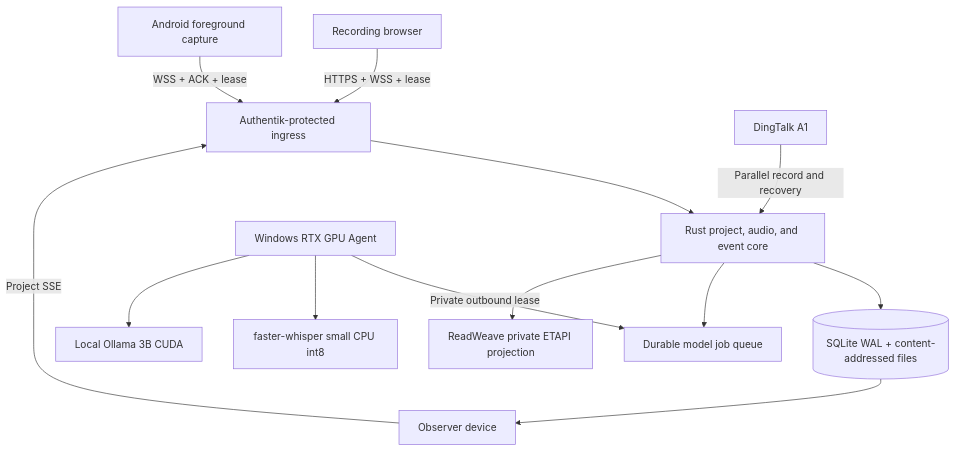
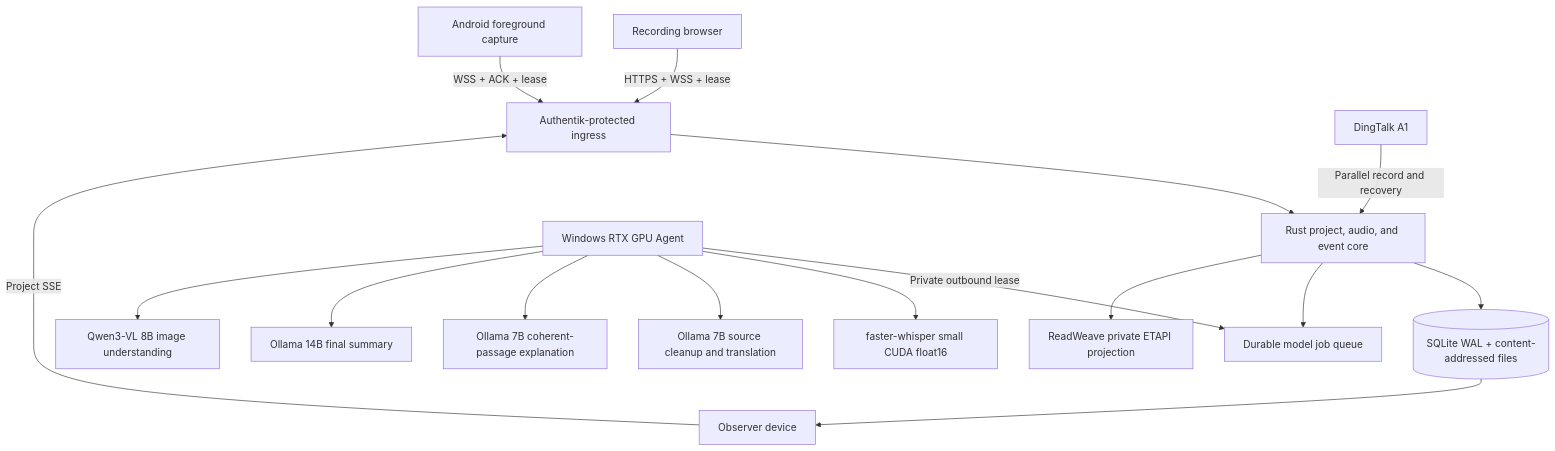
One commit to AIALRA-0/AIALRA-LIVE-TRANSLATE changed the diagram in README.en.md. Above: the diagram before and after it, drawn with Mermaid. The commit also changed other lines of this file and 89 other files, not shown here.

````diff
--- a/README.en.md
+++ b/README.en.md
@@ -38,15 +38,18 @@
 ```mermaid
 flowchart TD
   Recorder[Recording browser] -->|HTTPS + WSS + lease| Auth[Authentik-protected ingress]
   Observer[Observer device] -->|Project SSE| Auth
   Android[Android foreground capture] -->|WSS + ACK + lease| Auth
   A1[DingTalk A1] -->|Parallel record and recovery| Core
   Auth --> Core[Rust project, audio, and event core]
   Core --> Store[(SQLite WAL + content-addressed files)]
   Core --> Queue[Durable model job queue]
   Agent[Windows RTX GPU Agent] -->|Private outbound lease| Queue
-  Agent --> ASR[faster-whisper small CPU int8]
-  Agent --> LLM[Local Ollama 3B CUDA]
+  Agent --> ASR[faster-whisper small CUDA float16]
+  Agent --> Translate[Ollama 7B source cleanup and translation]
+  Agent --> Explain[Ollama 7B coherent-passage explanation]
+  Agent --> Summary[Ollama 14B final summary]
+  Agent --> Vision[Qwen3-VL 8B image understanding]
   Core --> Notes[ReadWeave private ETAPI projection]
   Store --> Observer
 ```
````
